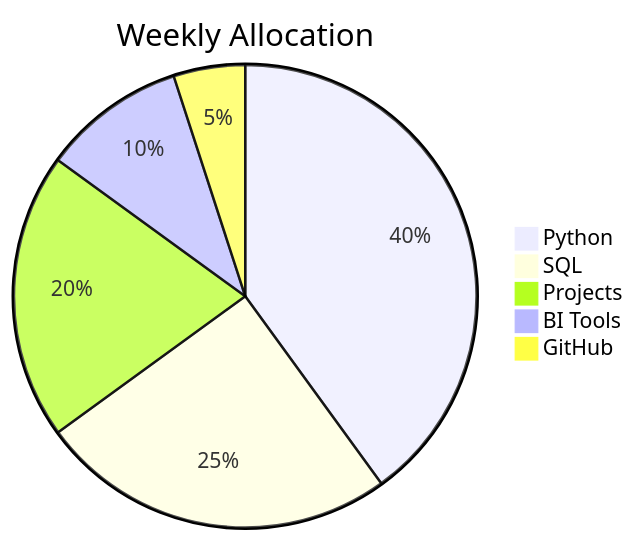
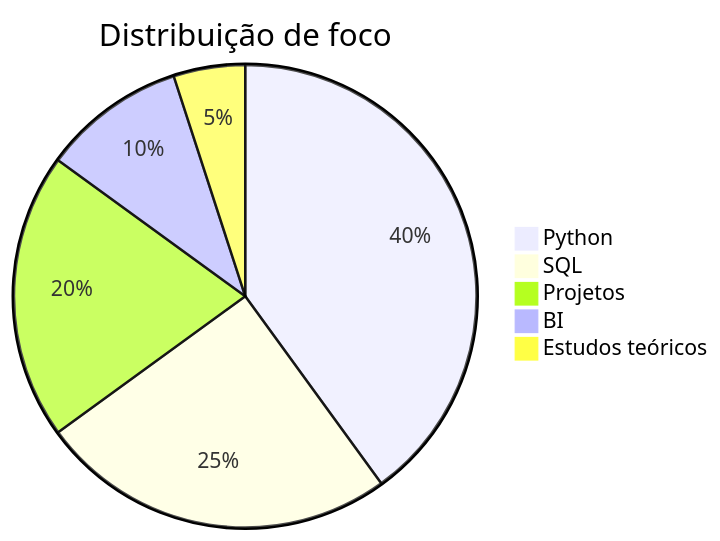
Before and after one commit to ViniciusBrandaoo/ViniciusBrandaoo: the second of 2 diagrams in README.md, drawn with Mermaid. The commit also changed other lines of this file, not shown here.

````diff
--- a/README.md
+++ b/README.md
@@ -61,8 +77,8 @@
 ```mermaid
-pie title Weekly Allocation
+pie title Distribuição de foco
     "Python" : 40
     "SQL" : 25
-    "Projects" : 20
-    "BI Tools" : 10
-    "GitHub" : 5
+    "Projetos" : 20
+    "BI" : 10
+    "Estudos teóricos" : 5
 ```
````
